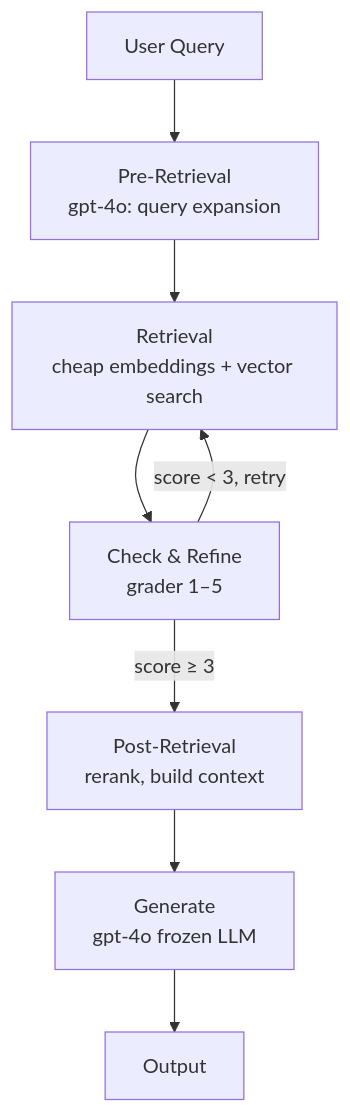
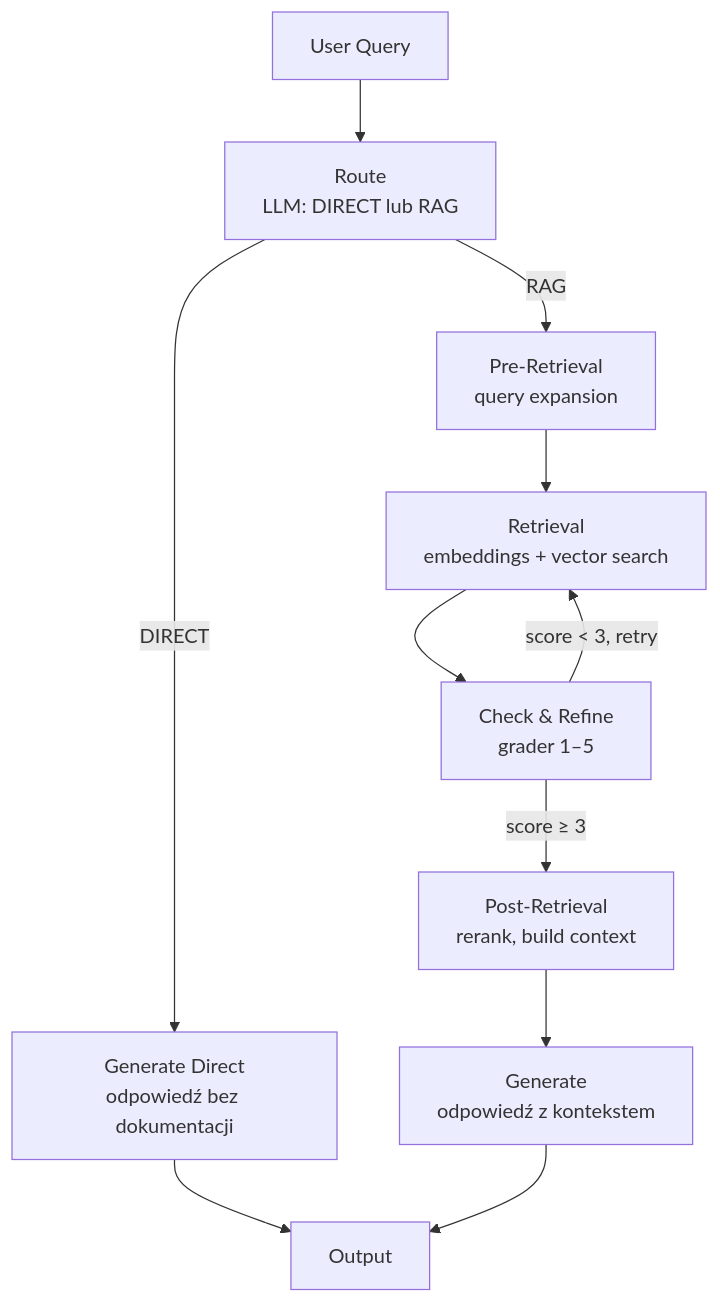
Before and after one commit to dobroslawamarkowska-private/hybrid-rag-ai-programming: the first of 2 diagrams in docs/ADVANCED_RAG.md, drawn with Mermaid. The commit also changed other lines of this file and 4 other files, not shown here.

Commit message:
Route direct/RAG, grader deepseek-v3.2-speciale, docs update, .env.example

````diff
--- a/docs/ADVANCED_RAG.md
+++ b/docs/ADVANCED_RAG.md
@@ -43,18 +51,23 @@
 ```mermaid
 flowchart TB
     Q[User Query]
-    PR[Pre-Retrieval<br/>gpt-4o: query expansion]
-    R[Retrieval<br/>cheap embeddings + vector search]
+    ROUTE[Route<br/>LLM: DIRECT lub RAG]
+    DIRECT[Generate Direct<br/>odpowiedź bez dokumentacji]
+    PR[Pre-Retrieval<br/>query expansion]
+    R[Retrieval<br/>embeddings + vector search]
     CR[Check & Refine<br/>grader 1–5]
     POST[Post-Retrieval<br/>rerank, build context]
-    GEN[Generate<br/>gpt-4o frozen LLM]
+    GEN[Generate<br/>odpowiedź z kontekstem]
     OUT[Output]
 
-    Q --> PR
+    Q --> ROUTE
+    ROUTE -->|DIRECT| DIRECT
+    ROUTE -->|RAG| PR
+    DIRECT --> OUT
     PR --> R
     R --> CR
     CR -->|score ≥ 3| POST
     CR -->|score < 3, retry| R
     POST --> GEN
     GEN --> OUT
 ```
````
